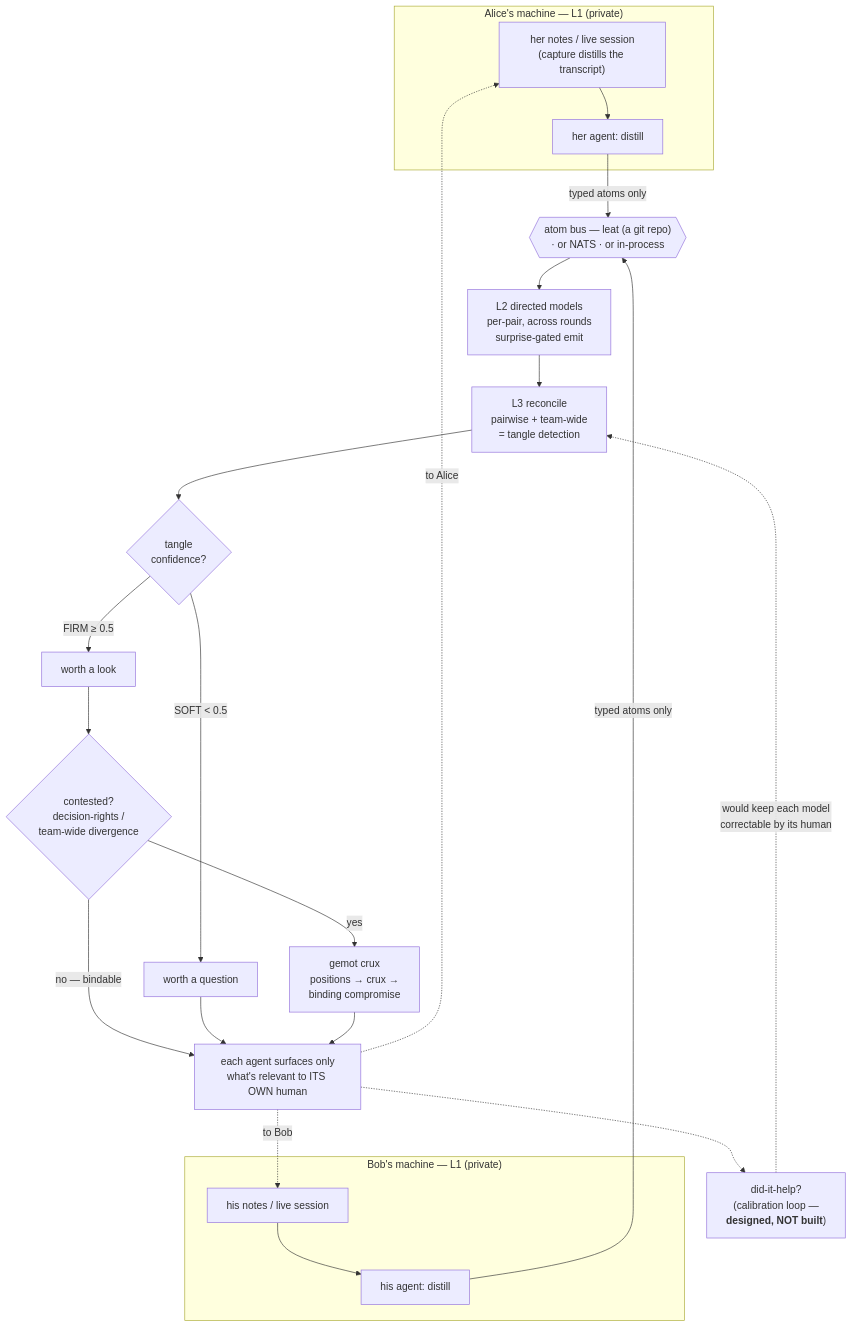
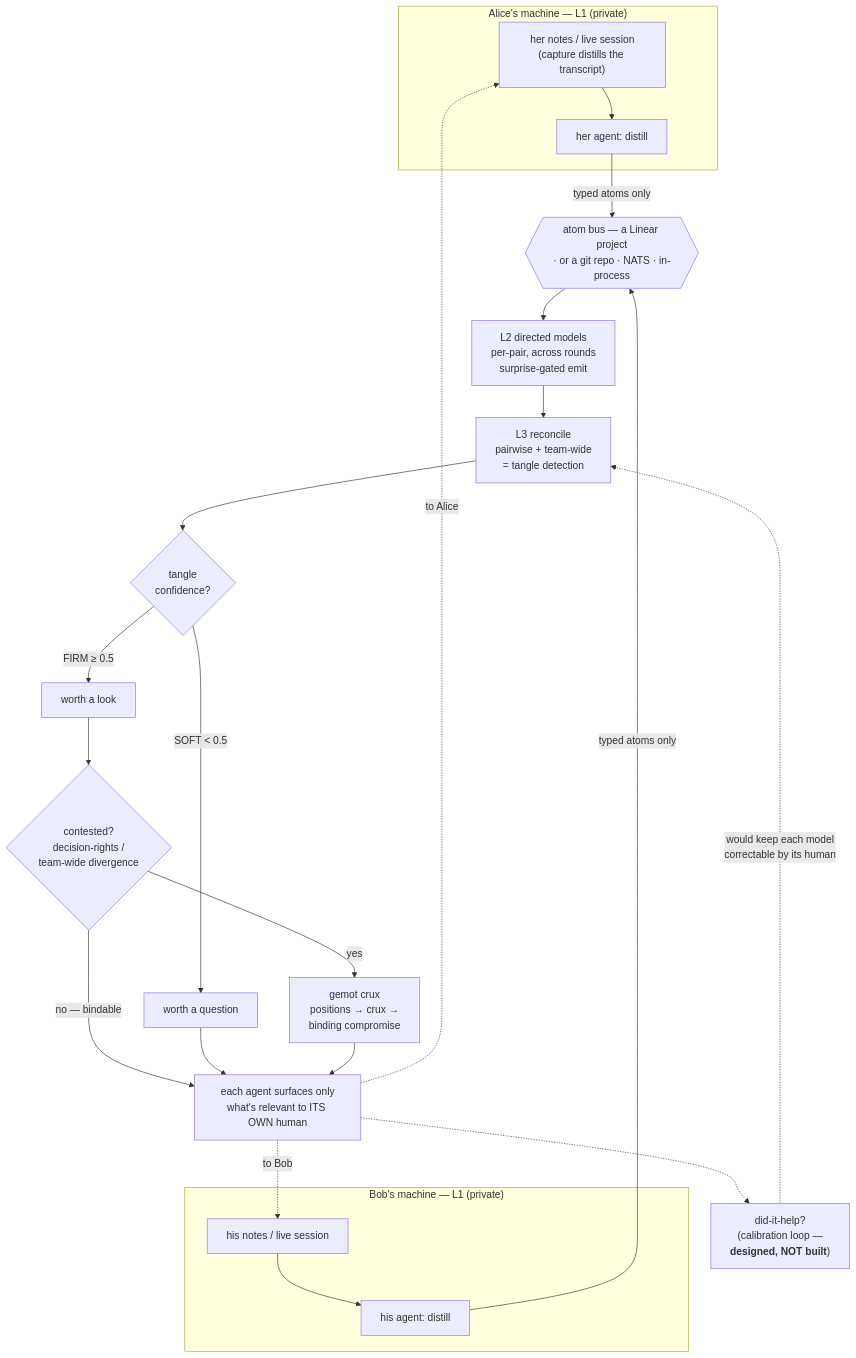
One commit to justinstimatze/ettle changed the first of 2 diagrams in README.md. Above: the diagram before and after it, drawn with Mermaid. The commit also changed other lines of this file and 17 other files, not shown here.

````diff
--- a/README.md
+++ b/README.md
@@ -24,27 +24,27 @@
 ```mermaid
 flowchart TB
     subgraph A["Alice's machine — L1 (private)"]
         AN["her notes / live session<br/>(capture distills the transcript)"] --> AD["her agent: distill"]
     end
     subgraph B["Bob's machine — L1 (private)"]
         BN["his notes / live session"] --> BD["his agent: distill"]
     end
     AD -- "typed atoms only" --> BUS
     BD -- "typed atoms only" --> BUS
-    BUS{{"atom bus — leat (a git repo)<br/>· or NATS · or in-process"}}
+    BUS{{"atom bus — a Linear project<br/>· or a git repo · NATS · in-process"}}
     BUS --> L2["L2 directed models<br/>per-pair, across rounds<br/>surprise-gated emit"]
     L2 --> RC["L3 reconcile<br/>pairwise + team-wide<br/>= tangle detection"]
     RC --> CONF{"tangle<br/>confidence?"}
     CONF -- "FIRM &ge; 0.5" --> FIRM["worth a look"]
     CONF -- "SOFT &lt; 0.5" --> SOFT["worth a question"]
     FIRM --> CONTEST{"contested?<br/>decision-rights /<br/>team-wide divergence"}
     CONTEST -- "no — bindable" --> SURF
     CONTEST -- "yes" --> GEMOT["gemot crux<br/>positions &rarr; crux &rarr;<br/>binding compromise"]
     SOFT --> SURF
     GEMOT --> SURF
     SURF["each agent surfaces only<br/>what's relevant to ITS OWN human"]
     SURF -. "to Alice" .-> AN
     SURF -. "to Bob" .-> BN
     SURF -.-> CAL["did-it-help?<br/>(calibration loop —<br/><b>designed, NOT built</b>)"]
     CAL -. "would keep each model<br/>correctable by its human" .-> RC
 ```
````
